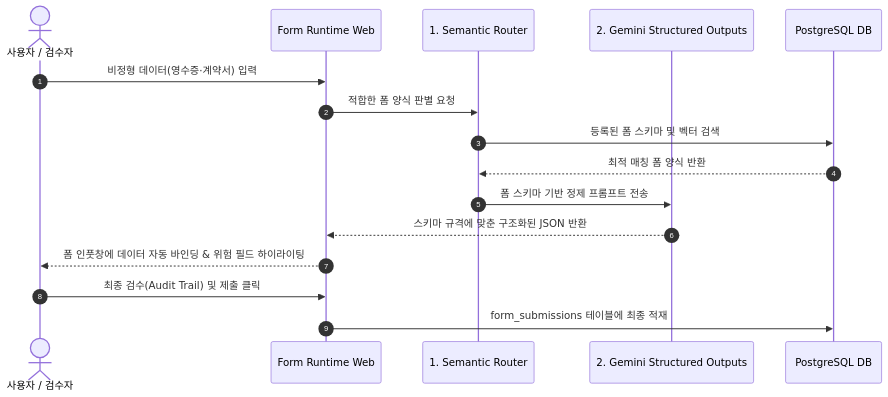
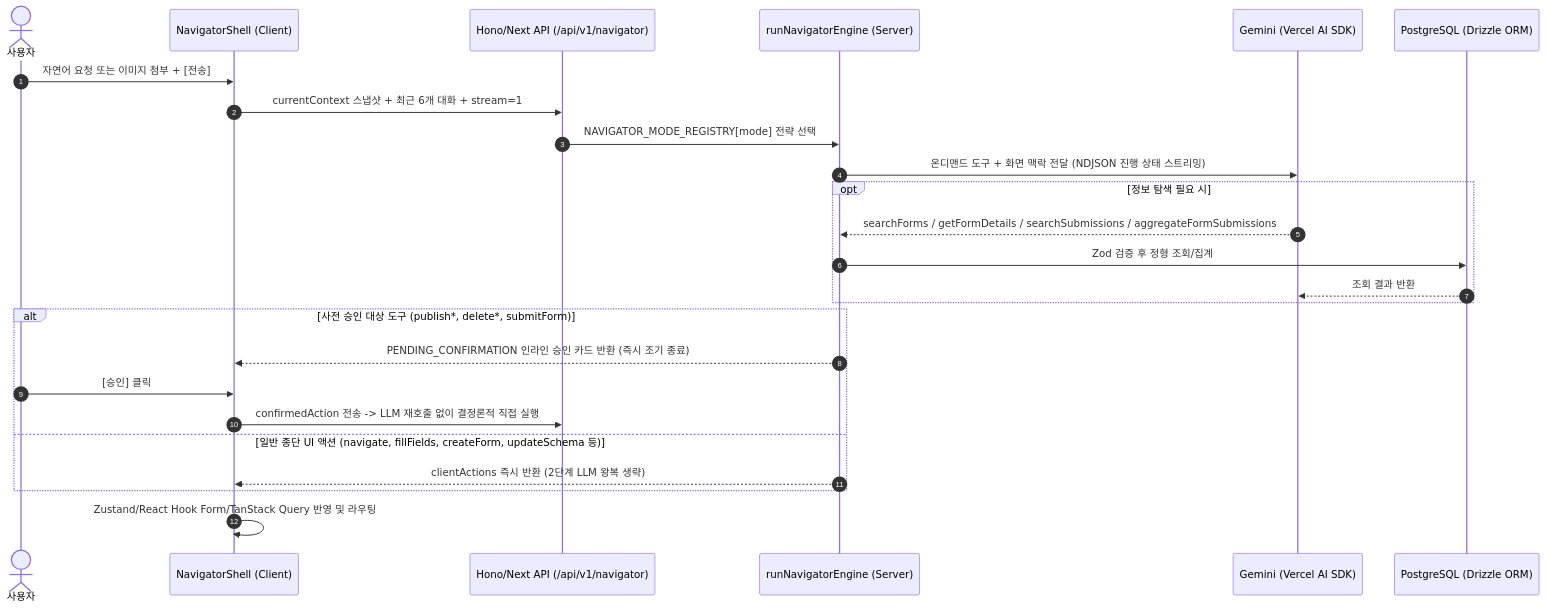
One commit to ssogle/dynamic-form-engine changed the diagram in README.md. Above: the diagram before and after it, drawn with Mermaid. The commit also changed other lines of this file and 23 other files, not shown here.

````diff
--- a/README.md
+++ b/README.md
@@ -59,19 +45,28 @@
 ```mermaid
 sequenceDiagram
     autonumber
-    actor User as 사용자 / 검수자
-    participant Web as Form Runtime Web
-    participant Router as 1. Semantic Router
-    participant Gemini as 2. Gemini Structured Outputs
-    participant DB as PostgreSQL DB
+    actor User as 사용자
+    participant Shell as NavigatorShell (Client)
+    participant API as Hono/Next API (/api/v1/navigator)
+    participant Engine as runNavigatorEngine (Server)
+    participant Gemini as Gemini (Vercel AI SDK)
+    participant DB as PostgreSQL (Drizzle ORM)
 
-    User->>Web: 비정형 데이터(영수증·계약서) 입력
-    Web->>Router: 적합한 폼 양식 판별 요청
-    Router->>DB: 등록된 폼 스키마 및 벡터 검색
-    DB-->>Router: 최적 매칭 폼 양식 반환
-    Router->>Gemini: 폼 스키마 기반 정제 프롬프트 전송
-    Gemini-->>Web: 스키마 규격에 맞춘 구조화된 JSON 반환
-    Web-->>User: 폼 인풋창에 데이터 자동 바인딩 & 위험 필드 하이라이팅
-    User->>Web: 최종 검수(Audit Trail) 및 제출 클릭
-    Web->>DB: form_submissions 테이블에 최종 적재
+    User->>Shell: 자연어 요청 또는 이미지 첨부 + [전송]
+    Shell->>API: currentContext 스냅샷 + 최근 6개 대화 + stream=1
+    API->>Engine: NAVIGATOR_MODE_REGISTRY[mode] 전략 선택
+    Engine->>Gemini: 온디맨드 도구 + 화면 맥락 전달 (NDJSON 진행 상태 스트리밍)
+    opt 정보 탐색 필요 시
+        Gemini-->>Engine: searchForms / getFormDetails / searchSubmissions / aggregateFormSubmissions
+        Engine->>DB: Zod 검증 후 정형 조회/집계
+        DB-->>Gemini: 조회 결과 반환
+    end
+    alt 사전 승인 대상 도구 (publish*, delete*, submitForm)
+        Engine-->>Shell: PENDING_CONFIRMATION 인라인 승인 카드 반환 (즉시 조기 종료)
+        User->>Shell: [승인] 클릭
+        Shell->>API: confirmedAction 전송 -> LLM 재호출 없이 결정론적 직접 실행
+    else 일반 종단 UI 액션 (navigate, fillFields, createForm, updateSchema 등)
+        Engine-->>Shell: clientActions 즉시 반환 (2단계 LLM 왕복 생략)
+    end
+    Shell->>Shell: Zustand/React Hook Form/TanStack Query 반영 및 라우팅
 ```
````
